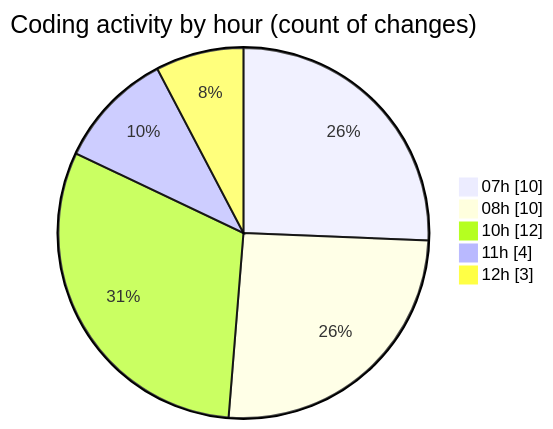
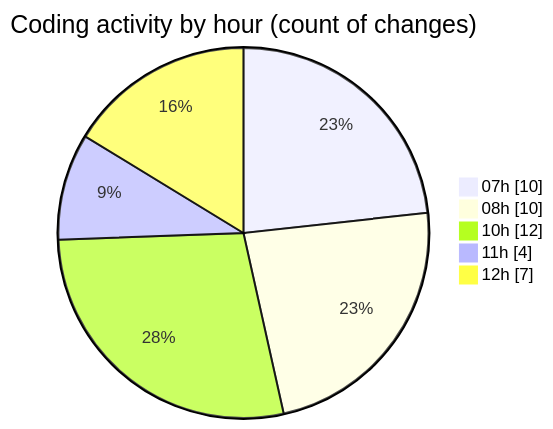
One commit to tmsrecording-cyber/code-tracking changed the second of 2 diagrams in 2026-02-08/singularitybrainai/README.md. Above: the diagram before and after it, drawn with Mermaid. The commit also changed other lines of this file and 1 other file, not shown here.

````diff
--- a/2026-02-08/singularitybrainai/README.md
+++ b/2026-02-08/singularitybrainai/README.md
@@ -36,9 +36,9 @@
 ```mermaid
 pie showData
 title Coding activity by hour (count of changes)
 "07h" : 10
 "08h" : 10
 "10h" : 12
 "11h" : 4
-"12h" : 3
+"12h" : 7
 ```
````
